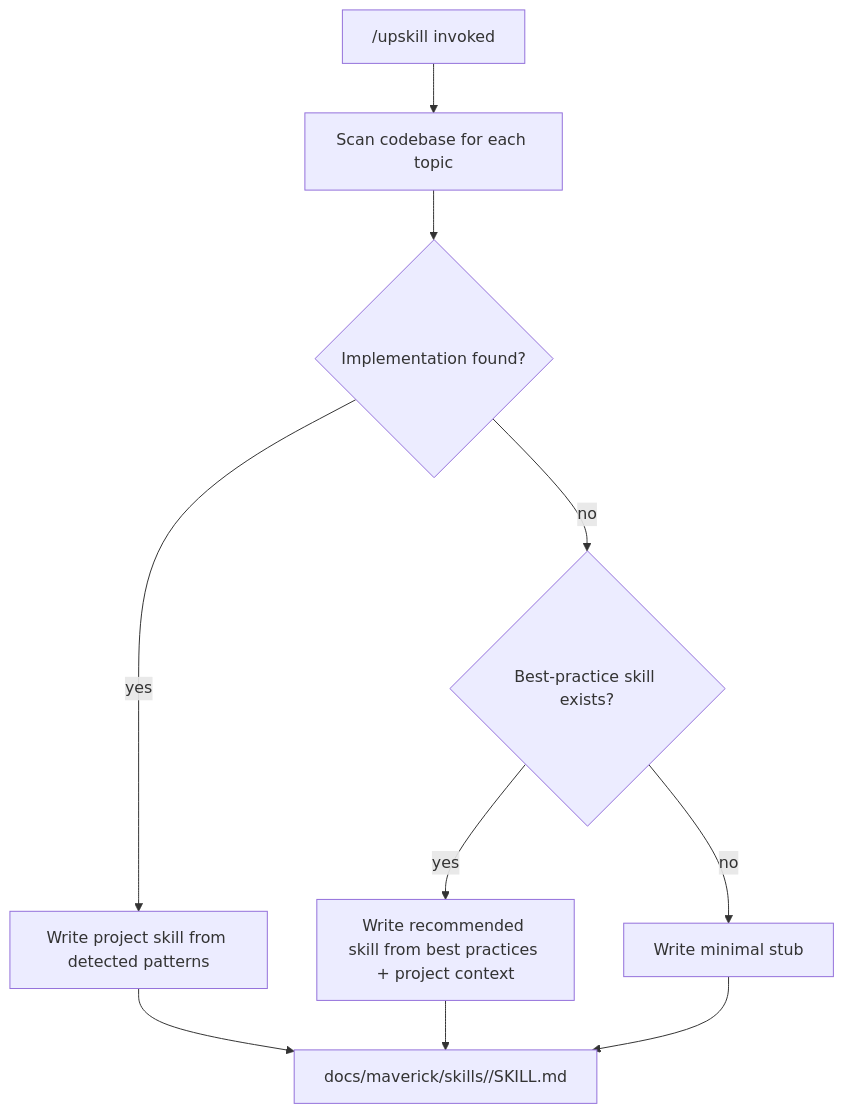
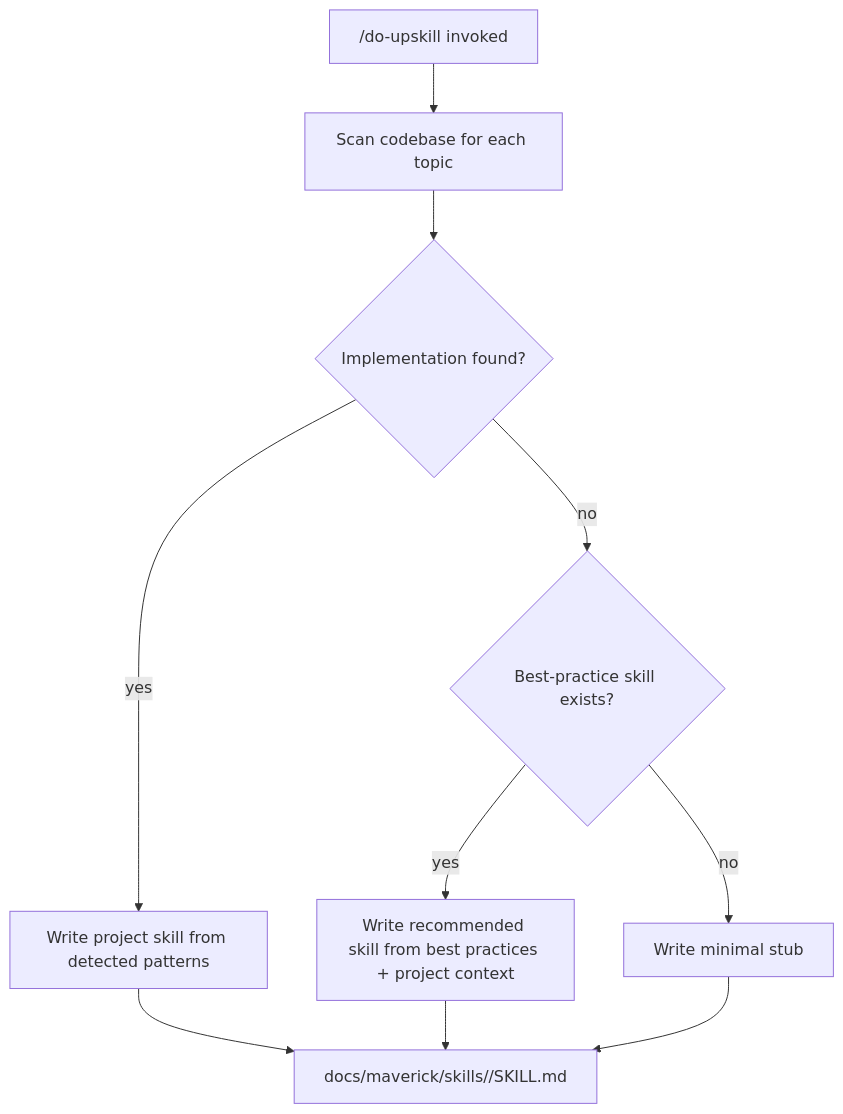
The first of 2 diagrams in docs/architecture.md (thermiteau/maverick), drawn with Mermaid before and after one commit. The commit also changed other lines of this file and 23 other files, not shown here.

````diff
--- a/docs/architecture.md
+++ b/docs/architecture.md
@@ -28,12 +28,12 @@
 ```mermaid
 flowchart TD
-    UP["/upskill invoked"] --> SCAN["Scan codebase for each topic"]
+    UP["/do-upskill invoked"] --> SCAN["Scan codebase for each topic"]
     SCAN --> FOUND{"Implementation found?"}
     FOUND -->|"yes"| FULL["Write project skill from detected patterns"]
     FOUND -->|"no"| BP{"Best-practice skill exists?"}
     BP -->|"yes"| REC["Write recommended skill from best practices + project context"]
     BP -->|"no"| STUB["Write minimal stub"]
     FULL --> OUT["docs/maverick/skills/<topic>/SKILL.md"]
     REC --> OUT
     STUB --> OUT
 ```
````
